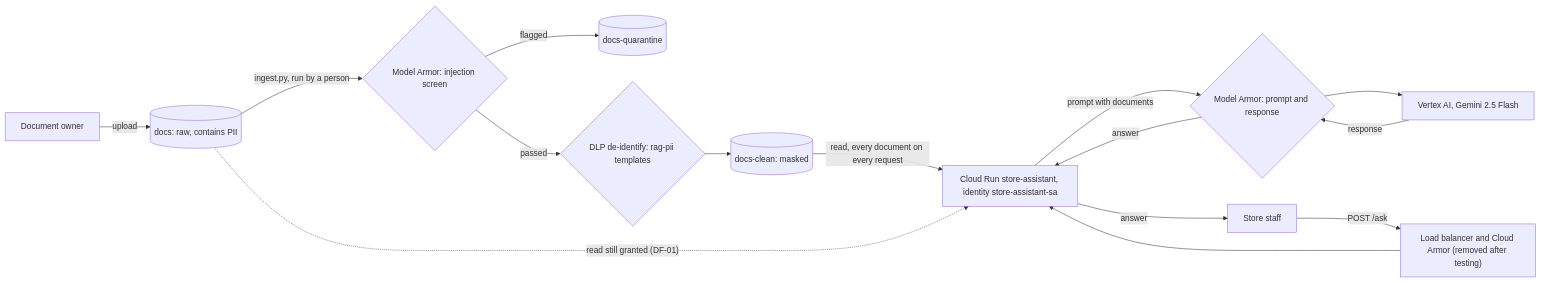
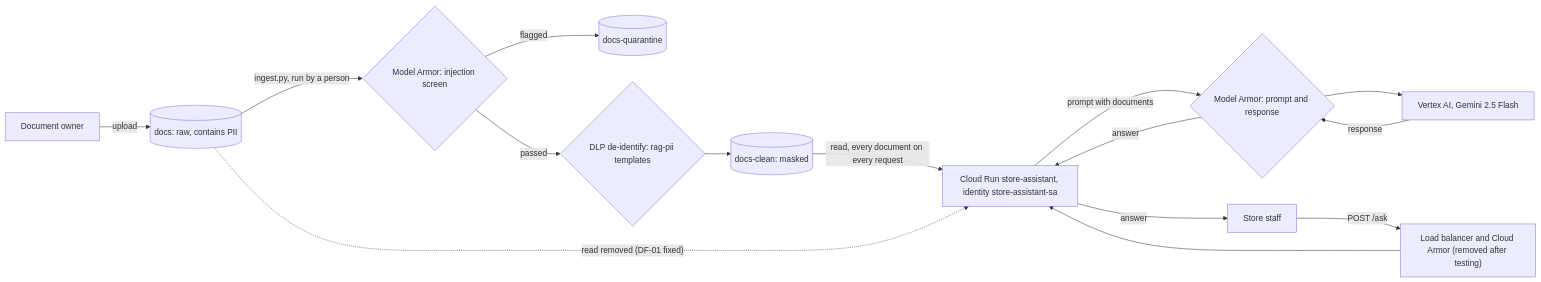
One commit to sdballpark/gcp-ai-security-lab changed the diagram in decision-support/ai-data-flow-review.md. Above: the diagram before and after it, drawn with Mermaid. The commit also changed other lines of this file and 4 other files, not shown here.

Commit message:
Fix DF-01: remove app read access on raw bucket; tested as app identity; docs updated

````diff
--- a/decision-support/ai-data-flow-review.md
+++ b/decision-support/ai-data-flow-review.md
@@ -15,17 +15,17 @@
 ```mermaid
 flowchart LR
   OWN["Document owner"] -->|upload| RAW[("docs: raw, contains PII")]
   RAW -->|"ingest.py, run by a person"| SCR{"Model Armor: injection screen"}
   SCR -->|flagged| QUAR[("docs-quarantine")]
   SCR -->|passed| DLP{"DLP de-identify: rag-pii templates"}
   DLP --> CLEAN[("docs-clean: masked")]
   USER["Store staff"] -->|"POST /ask"| EDGE["Load balancer and Cloud Armor (removed after testing)"]
   EDGE --> RUN["Cloud Run store-assistant, identity store-assistant-sa"]
   CLEAN -->|"read, every document on every request"| RUN
-  RAW -.->|"read still granted (DF-01)"| RUN
+  RAW -.->|"read removed (DF-01 fixed)"| RUN
   RUN -->|"prompt with documents"| MA{"Model Armor: prompt and response"}
   MA --> VTX["Vertex AI, Gemini 2.5 Flash"]
   VTX -->|response| MA
   MA -->|answer| RUN
   RUN -->|answer| USER
 ```
````
